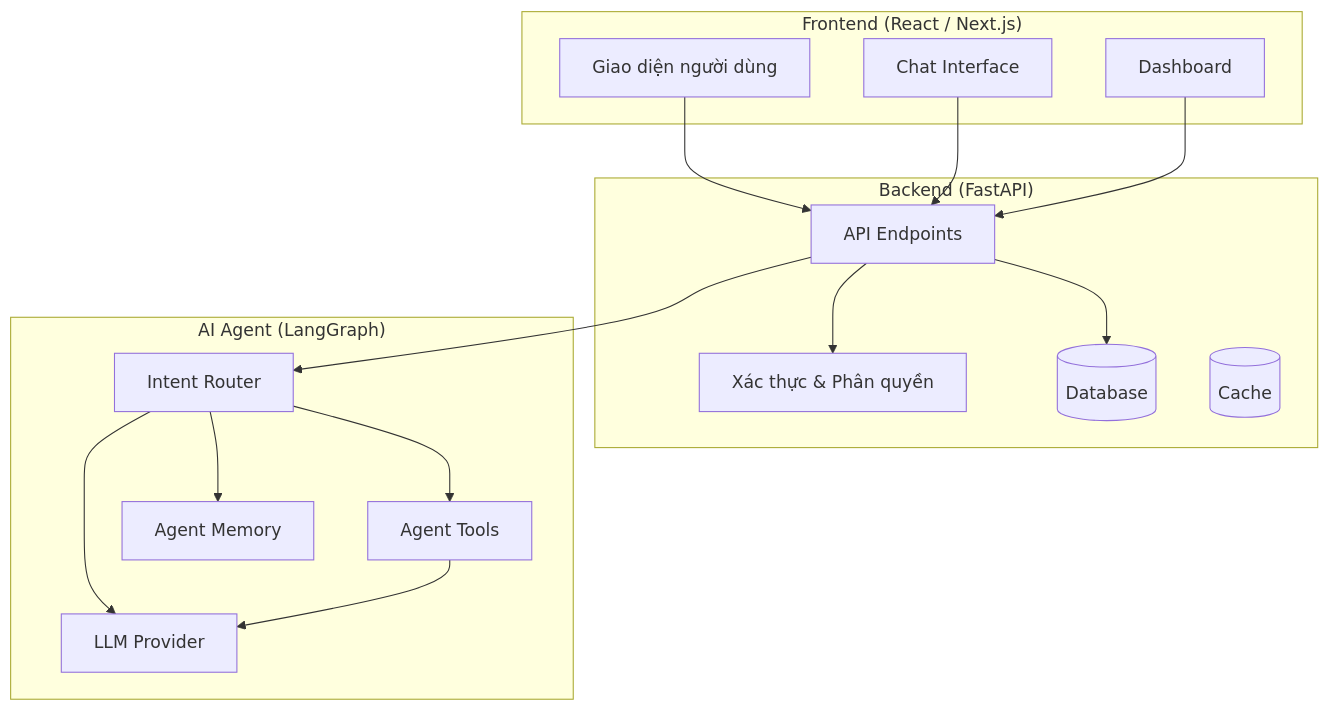
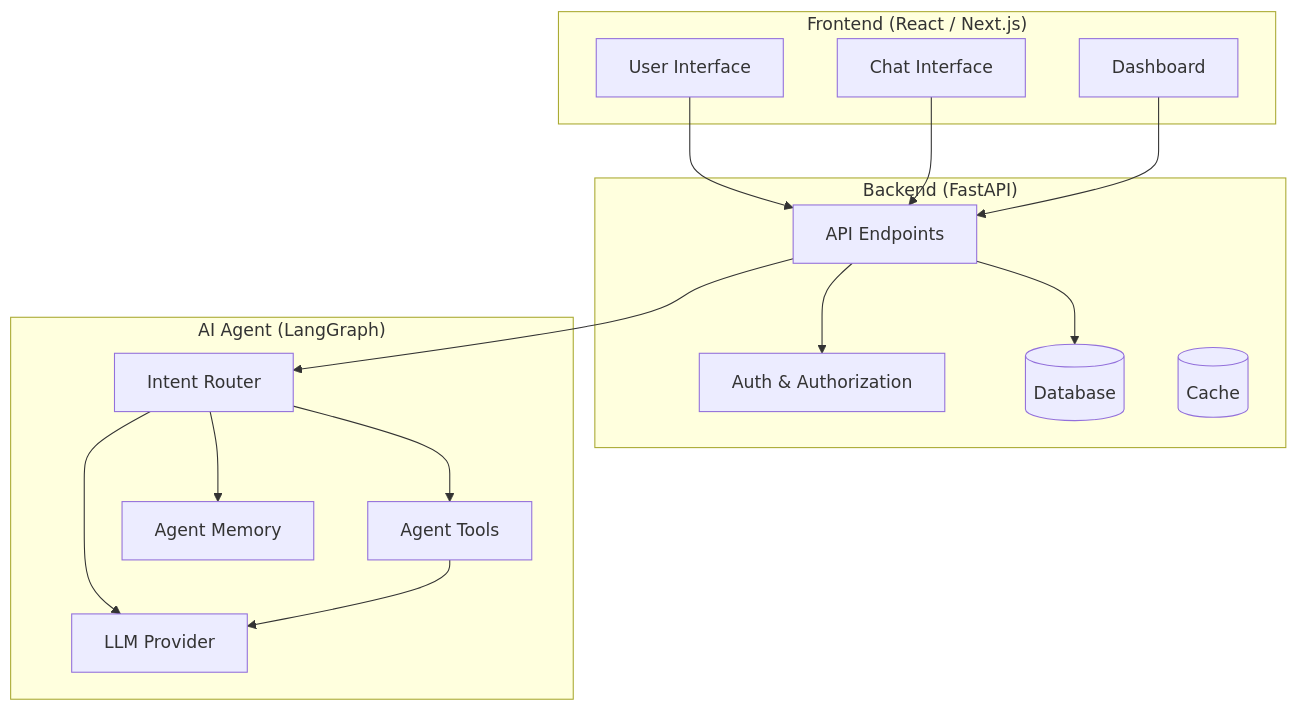
The first of 6 diagrams in knowledge-base/technical-book/chapter-03.md (Dokhacgiakhoa/Project-Builder-4-Agents), drawn with Mermaid before and after one commit. The commit also changed other lines of this file and 62 other files, not shown here.

````diff
--- a/knowledge-base/technical-book/chapter-03.md
+++ b/knowledge-base/technical-book/chapter-03.md
@@ -14,33 +14,33 @@
 ```mermaid
 graph TB
     subgraph Frontend["Frontend (React / Next.js)"]
-        UI[Giao diện người dùng]
-        Chat[Chat Interface]
-        Dashboard[Dashboard]
+        UI["User Interface"]
+        Chat["Chat Interface"]
+        Dashboard["Dashboard"]
     end
 
     subgraph Backend["Backend (FastAPI)"]
-        API[API Endpoints]
-        Auth["Xác thực & Phân quyền"]
+        API["API Endpoints"]
+        Auth["Auth & Authorization"]
         DB[("Database")]
         Cache[("Cache")]
     end
 
     subgraph Agent["AI Agent (LangGraph)"]
-        Router[Intent Router]
-        Tools[Agent Tools]
-        Memory[Agent Memory]
-        LLM[LLM Provider]
+        Router["Intent Router"]
+        Tools["Agent Tools"]
+        Memory["Agent Memory"]
+        LLM["LLM Provider"]
     end
 
     UI --> API
     Chat --> API
     Dashboard --> API
     API --> Auth
     API --> DB
     API --> Router
     Router --> Tools
     Router --> Memory
     Router --> LLM
     Tools --> LLM
 ```
````
